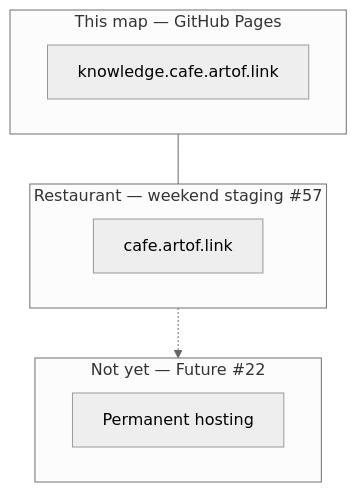
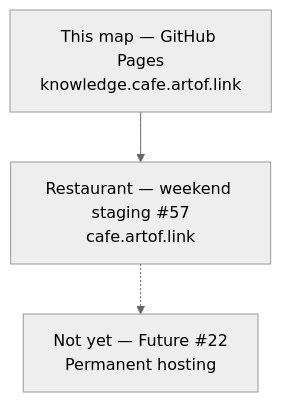
Before and after one commit to artofdream/aea-interactive-design: the first of 3 diagrams in knowledge/stack.md, drawn with Mermaid (neutral theme). The commit also changed 6 other files, not shown here.

First line of the commit message:
Knowledge: mobile-friendly glossary status-word diagram (#114)

````diff
--- a/knowledge/stack.md
+++ b/knowledge/stack.md
@@ -10,14 +10,8 @@
-```mermaid
+```mermaid fit
 flowchart TB
-  subgraph Map["This map — GitHub Pages"]
-    K["knowledge.cafe.artof.link"]
-  end
-  subgraph App["Restaurant — weekend staging #57"]
-    C["cafe.artof.link"]
-  end
-  subgraph Later["Not yet — Future #22"]
-    P["Permanent hosting"]
-  end
-  Map --- App
+  Map["This map — GitHub Pages<br/>knowledge.cafe.artof.link"]
+  App["Restaurant — weekend staging #57<br/>cafe.artof.link"]
+  Later["Not yet — Future #22<br/>Permanent hosting"]
+  Map --> App
   App -.-> Later
 ```
````
